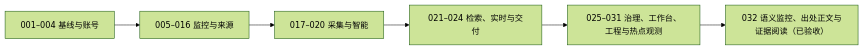
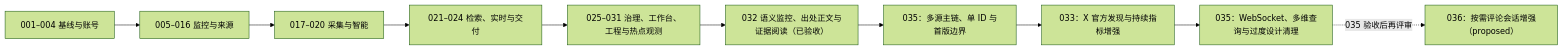
Before and after one commit to StephenQiu30/Ripplesight: the diagram in docs/README.md, drawn with Mermaid (forest theme). The commit also changed other lines of this file and 158 other files, not shown here.

````diff
--- a/docs/README.md
+++ b/docs/README.md
@@ -67,8 +71,12 @@
 ```mermaid
 flowchart LR
   A["001–004 基线与账号"] --> B["005–016 监控与来源"]
   B --> C["017–020 采集与智能"]
   C --> D["021–024 检索、实时与交付"]
   D --> E["025–031 治理、工作台、工程与热点观测"]
   E --> F["032 语义监控、出处正文与证据阅读（已验收）"]
+  F --> G["035：多源主链、单 ID 与首版边界"]
+  G --> H["033：X 官方发现与持续指标增强"]
+  H --> I["035：WebSocket、多维查询与过度设计清理"]
+  I -. "035 验收后再评审" .-> J["036：按需评论会话增强（proposed）"]
 ```
````
